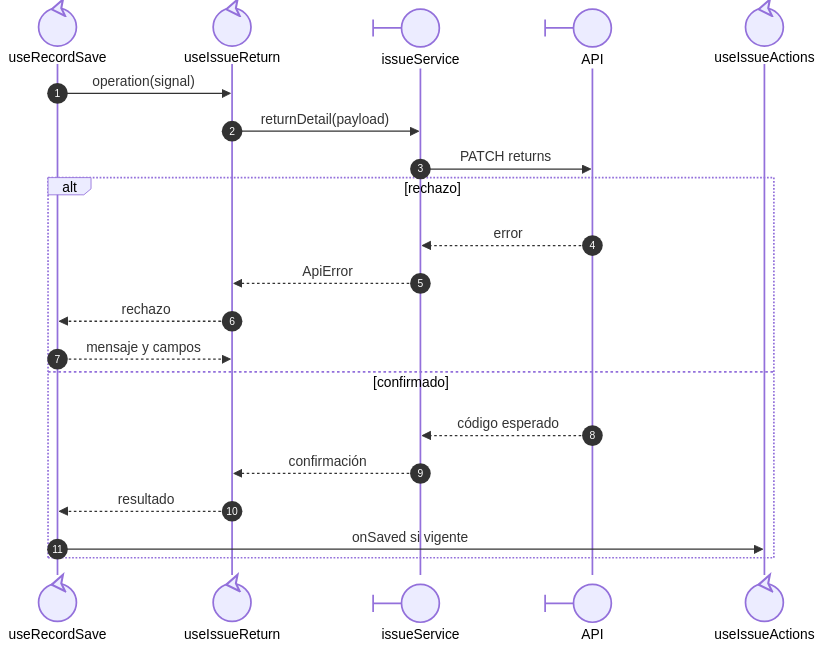
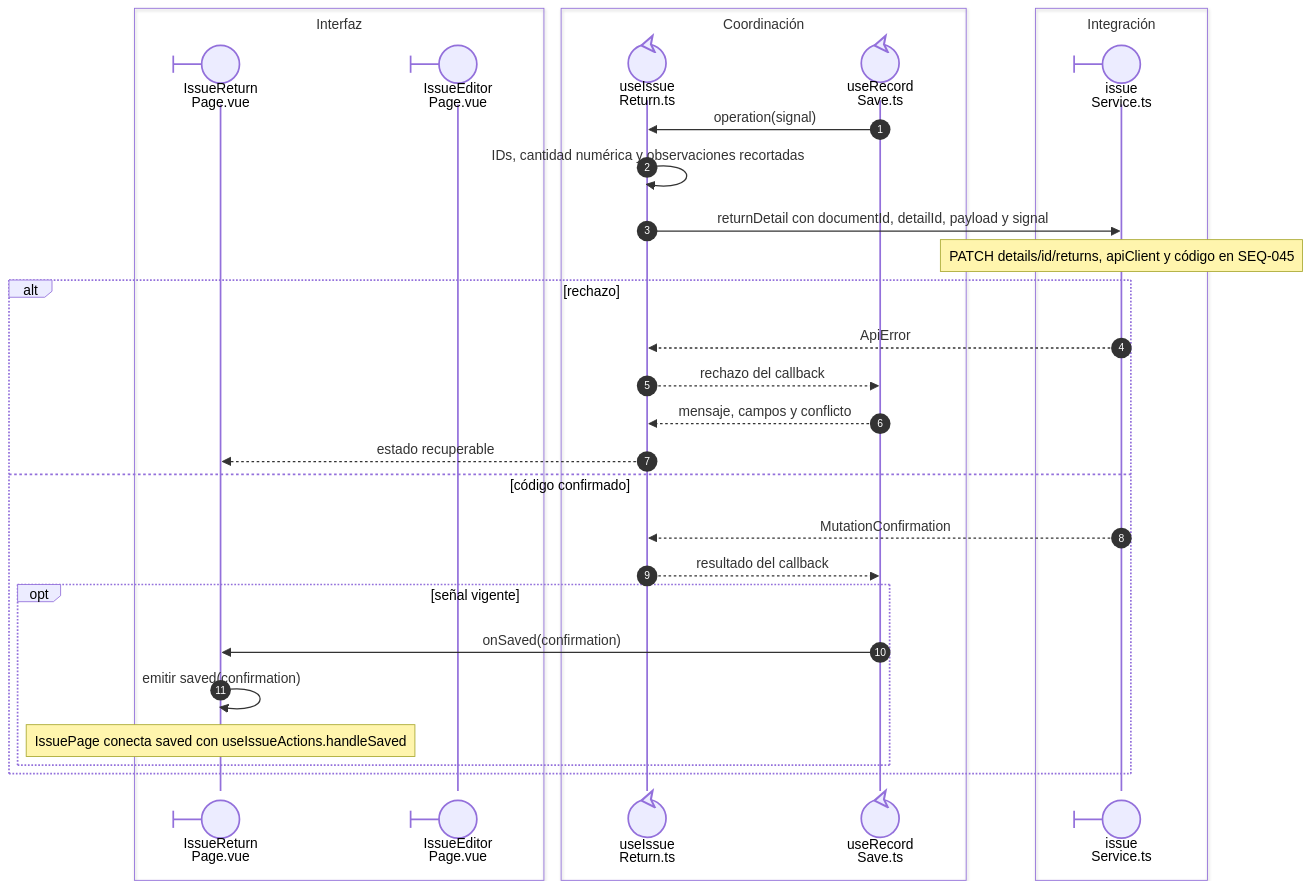
The second of 2 diagrams in front/docs/architecture/views/processes/07-issues/03-issue-return.md (gpgsistemas01/nexus), drawn with Mermaid before and after one commit. The commit also changed other lines of this file and 46 other files, not shown here.

Commit message:
docs: alinear secuencias Vue con participantes y callbacks reales

````diff
--- a/front/docs/architecture/views/processes/07-issues/03-issue-return.md
+++ b/front/docs/architecture/views/processes/07-issues/03-issue-return.md
@@ -41,23 +50,33 @@
 ```mermaid
 sequenceDiagram
     autonumber
-    participant Save@{ "type": "control" } as useRecordSave
-    participant Return@{ "type": "control" } as useIssueReturn
-    participant Service@{ "type": "boundary" } as issueService
-    participant API@{ "type": "boundary" } as API
-    participant Actions@{ "type": "control" } as useIssueActions
+    box Interfaz
+    participant Page@{ "type": "boundary" } as IssueReturn<br/>Page.vue
+    participant Parent@{ "type": "boundary" } as IssueEditor<br/>Page.vue
+    end
+    box Coordinación
+    participant Return@{ "type": "control" } as useIssue<br/>Return.ts
+    participant Save@{ "type": "control" } as useRecord<br/>Save.ts
+    end
+    box Integración
+    participant Service@{ "type": "boundary" } as issue<br/>Service.ts
+    end
     Save->>Return: operation(signal)
-    Return->>Service: returnDetail(payload)
-    Service->>API: PATCH returns
+    Return->>Return: IDs, cantidad numérica y observaciones recortadas
+    Return->>Service: returnDetail con documentId, detailId, payload y signal
+    Note over Service: PATCH details/id/returns, apiClient y código en SEQ-045
     alt rechazo
-        API-->>Service: error
         Service-->>Return: ApiError
-        Return-->>Save: rechazo
-        Save-->>Return: mensaje y campos
-    else confirmado
-        API-->>Service: código esperado
-        Service-->>Return: confirmación
-        Return-->>Save: resultado
-        Save->>Actions: onSaved si vigente
+        Return-->>Save: rechazo del callback
+        Save-->>Return: mensaje, campos y conflicto
+        Return-->>Page: estado recuperable
+    else código confirmado
+        Service-->>Return: MutationConfirmation
+        Return-->>Save: resultado del callback
+        opt señal vigente
+            Save->>Page: onSaved(confirmation)
+            Page->>Page: emitir saved(confirmation)
+            Note over Page: IssuePage conecta saved con useIssueActions.handleSaved
+        end
     end
 ```
````
